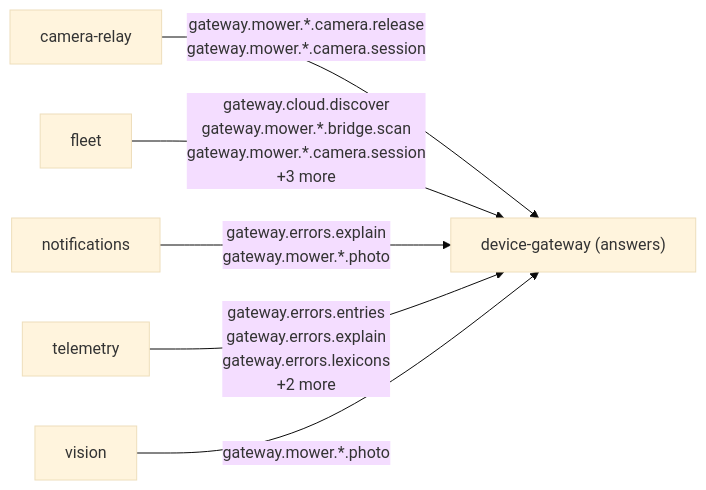
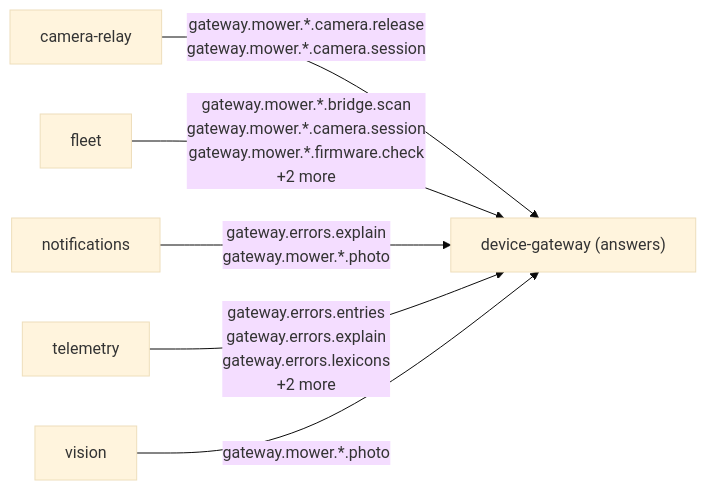
Before and after one commit to lukislp/mowdeck: the tenth of 15 diagrams in docs/architecture/generated.md, drawn with Mermaid (base theme). The commit also changed other lines of this file and 120 other files, not shown here.

````diff
--- a/docs/architecture/generated.md
+++ b/docs/architecture/generated.md
@@ -334,14 +331,14 @@
 ```mermaid
 flowchart LR
   r_device_gateway["device-gateway (answers)"]
   q_camera_relay["camera-relay"]
   q_camera_relay -->|"gateway.mower.*.camera.release<br/>gateway.mower.*.camera.session"| r_device_gateway
   q_fleet["fleet"]
-  q_fleet -->|"gateway.cloud.discover<br/>gateway.mower.*.bridge.scan<br/>gateway.mower.*.camera.session<br/>+3 more"| r_device_gateway
+  q_fleet -->|"gateway.mower.*.bridge.scan<br/>gateway.mower.*.camera.session<br/>gateway.mower.*.firmware.check<br/>+2 more"| r_device_gateway
   q_notifications["notifications"]
   q_notifications -->|"gateway.errors.explain<br/>gateway.mower.*.photo"| r_device_gateway
   q_telemetry["telemetry"]
   q_telemetry -->|"gateway.errors.entries<br/>gateway.errors.explain<br/>gateway.errors.lexicons<br/>+2 more"| r_device_gateway
   q_vision["vision"]
   q_vision -->|"gateway.mower.*.photo"| r_device_gateway
 ```
````
